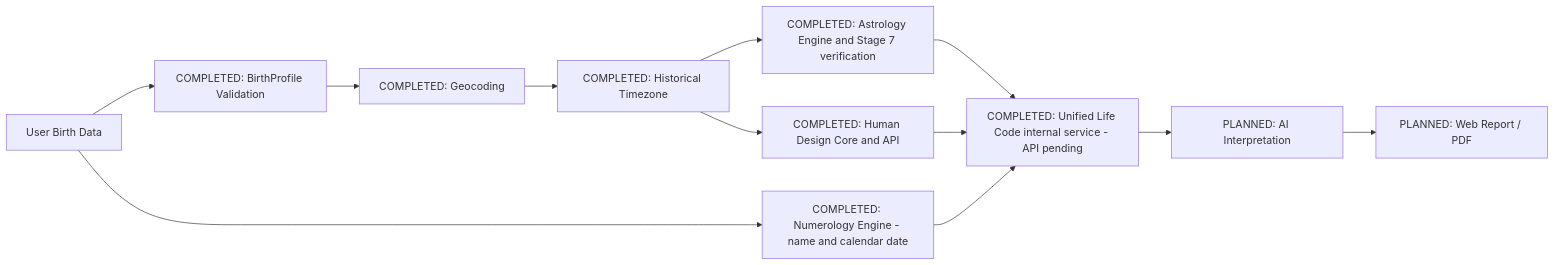
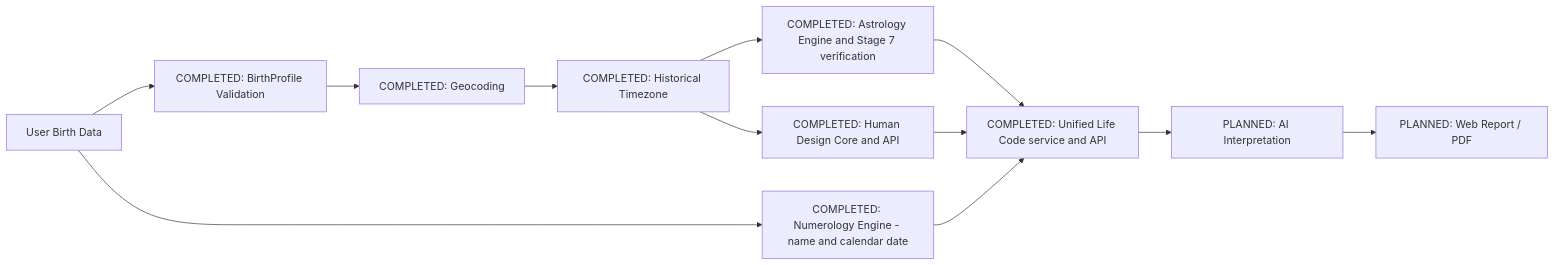
Before and after one commit to ismailbuzdan/yasam-kodu: the diagram in docs/02_ARCHITECTURE.md, drawn with Mermaid. The commit also changed other lines of this file and 12 other files, not shown here.

Commit message:
feat: expose unified Life Code API

````diff
--- a/docs/02_ARCHITECTURE.md
+++ b/docs/02_ARCHITECTURE.md
@@ -13,14 +13,14 @@
 ```mermaid
 flowchart LR
   A[User Birth Data] --> B[COMPLETED: BirthProfile Validation]
   B --> C[COMPLETED: Geocoding]
   C --> D[COMPLETED: Historical Timezone]
   D --> E[COMPLETED: Astrology Engine and Stage 7 verification]
   A --> F[COMPLETED: Numerology Engine - name and calendar date]
   D --> G[COMPLETED: Human Design Core and API]
-  E --> H[COMPLETED: Unified Life Code internal service - API pending]
+  E --> H[COMPLETED: Unified Life Code service and API]
   F --> H
   G --> H
   H --> I[PLANNED: AI Interpretation]
   I --> J[PLANNED: Web Report / PDF]
 ```
````
